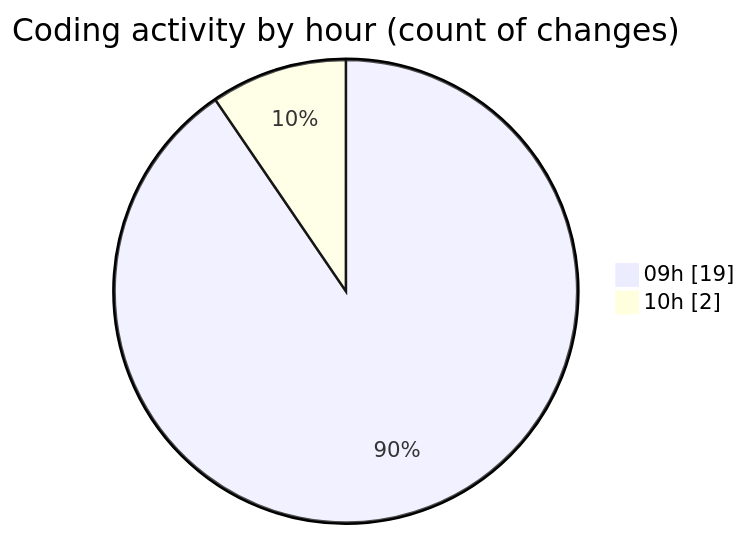
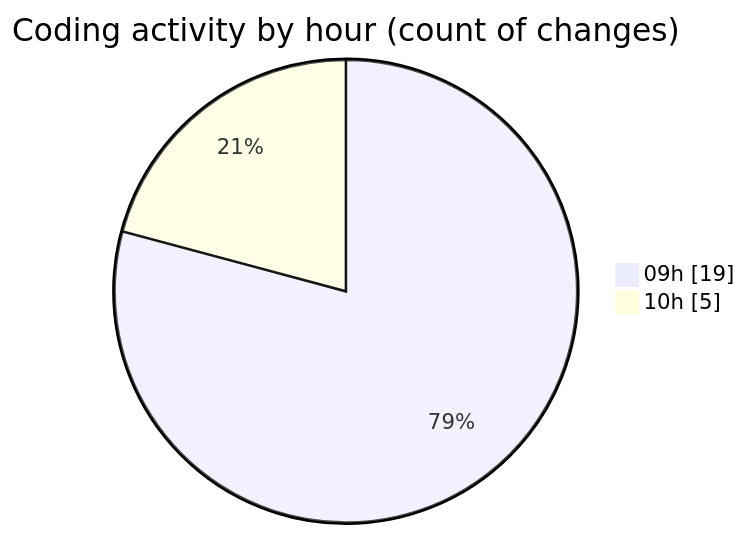
One commit to momahboobian/code-tracking changed the second of 2 diagrams in 2026-02-12/cda/README.md. Above: the diagram before and after it, drawn with Mermaid. The commit also changed other lines of this file and 1 other file, not shown here.

````diff
--- a/2026-02-12/cda/README.md
+++ b/2026-02-12/cda/README.md
@@ -28,6 +29,6 @@
 ```mermaid
 pie showData
 title Coding activity by hour (count of changes)
 "09h" : 19
-"10h" : 2
+"10h" : 5
 ```
````
